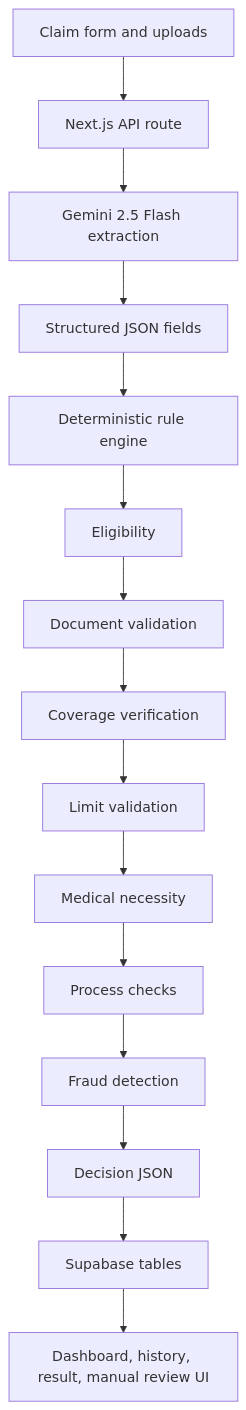
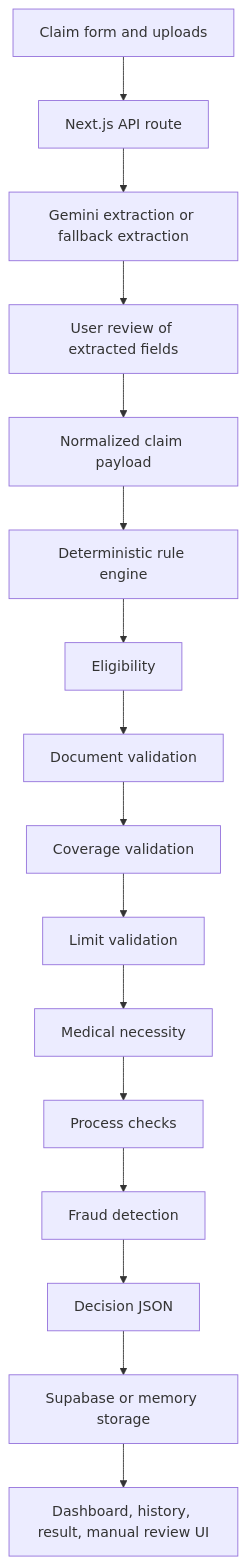
Before and after one commit to Nikhilsai-M/Plum-assignment: the diagram in docs/architecture.md, drawn with Mermaid. The commit also changed other lines of this file and 21 other files, not shown here.

````diff
--- a/docs/architecture.md
+++ b/docs/architecture.md
@@ -3,17 +3,18 @@
 ```mermaid
 flowchart TD
   A[Claim form and uploads] --> B[Next.js API route]
-  B --> C[Gemini 2.5 Flash extraction]
-  C --> D[Structured JSON fields]
-  D --> E[Deterministic rule engine]
-  E --> F[Eligibility]
-  F --> G[Document validation]
-  G --> H[Coverage verification]
-  H --> I[Limit validation]
-  I --> J[Medical necessity]
-  J --> K[Process checks]
-  K --> L[Fraud detection]
-  L --> M[Decision JSON]
-  M --> N[Supabase tables]
-  N --> O[Dashboard, history, result, manual review UI]
+  B --> C[Gemini extraction or fallback extraction]
+  C --> D[User review of extracted fields]
+  D --> E[Normalized claim payload]
+  E --> F[Deterministic rule engine]
+  F --> G[Eligibility]
+  G --> H[Document validation]
+  H --> I[Coverage validation]
+  I --> J[Limit validation]
+  J --> K[Medical necessity]
+  K --> L[Process checks]
+  L --> M[Fraud detection]
+  M --> N[Decision JSON]
+  N --> O[Supabase or memory storage]
+  O --> P[Dashboard, history, result, manual review UI]
 ```
````
